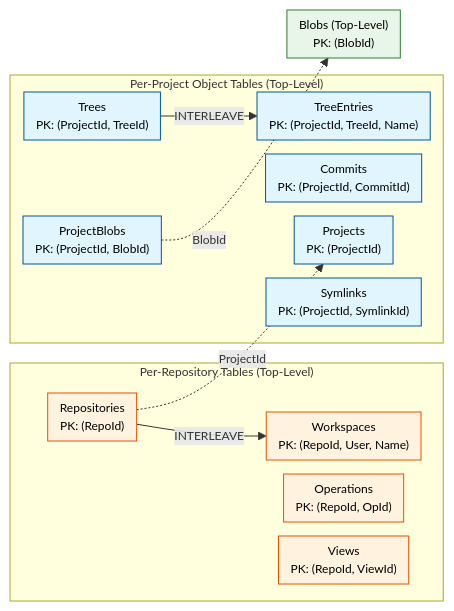
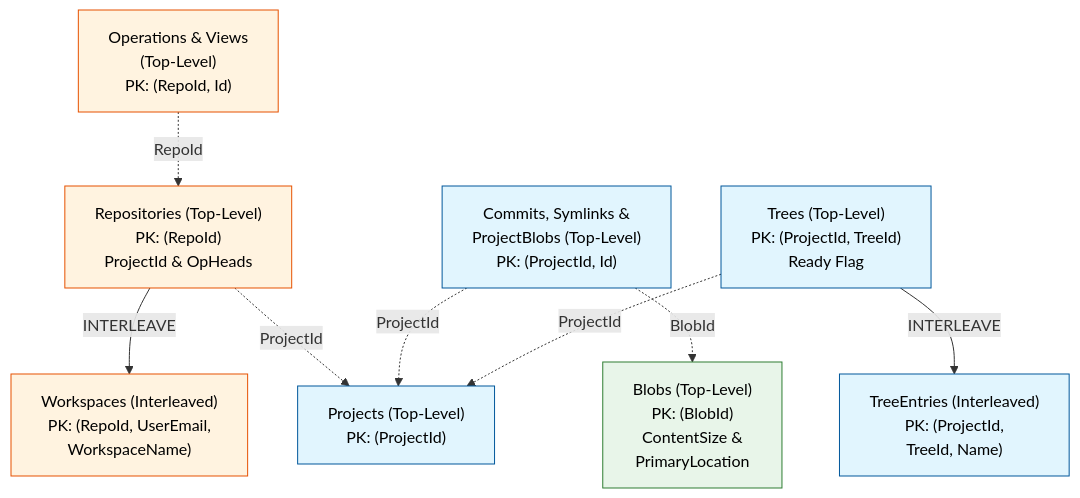
One commit to jj-vcs/jj-commit-cloud changed the second of 2 diagrams in docs/data-model.md. Above: the diagram before and after it, drawn with Mermaid. The commit also changed other lines of this file and 41 other files, not shown here.

````diff
--- a/docs/data-model.md
+++ b/docs/data-model.md
@@ -131,30 +128,25 @@
 ```mermaid
-%%{init: {"themeVariables": {"fontSize": "12px"}, "flowchart": {"nodeSpacing": 14, "rankSpacing": 26, "padding": 6, "diagramPadding": 8}}}%%
-flowchart LR
+flowchart TD
+    classDef cas fill:#e1f5fe,stroke:#01579b,color:#000;
     classDef oplog fill:#fff3e0,stroke:#e65100,color:#000;
-    classDef cas fill:#e1f5fe,stroke:#01579b,color:#000;
     classDef storage fill:#e8f5e9,stroke:#2e7d32,color:#000;
 
-    subgraph RepoTables["Per-Repository Tables (Top-Level)"]
-        Repos["Repositories<br/>PK: (RepoId)"]:::oplog
-        Workspaces["Workspaces<br/>PK: (RepoId, User, Name)"]:::oplog
-        Ops["Operations<br/>PK: (RepoId, OpId)"]:::oplog
-        Views["Views<br/>PK: (RepoId, ViewId)"]:::oplog
-        Repos -->|"INTERLEAVE"| Workspaces
-    end
+    Repos["Repositories (Top-Level)<br/>PK: (RepoId)<br/>ProjectId & OpHeads"]:::oplog
+    Workspaces["Workspaces (Interleaved)<br/>PK: (RepoId, UserEmail,<br/>WorkspaceName)"]:::oplog
+    OpsViews["Operations & Views<br/>(Top-Level)<br/>PK: (RepoId, Id)"]:::oplog
 
-    subgraph ProjTables["Per-Project Object Tables (Top-Level)"]
-        Projects["Projects<br/>PK: (ProjectId)"]:::cas
-        Commits["Commits<br/>PK: (ProjectId, CommitId)"]:::cas
-        Trees["Trees<br/>PK: (ProjectId, TreeId)"]:::cas
-        TreeEntries["TreeEntries<br/>PK: (ProjectId, TreeId, Name)"]:::cas
-        Symlinks["Symlinks<br/>PK: (ProjectId, SymlinkId)"]:::cas
-        ProjBlobs["ProjectBlobs<br/>PK: (ProjectId, BlobId)"]:::cas
-        Trees -->|"INTERLEAVE"| TreeEntries
-    end
+    Projects["Projects (Top-Level)<br/>PK: (ProjectId)"]:::cas
+    CommitsSym["Commits, Symlinks &<br/>ProjectBlobs (Top-Level)<br/>PK: (ProjectId, Id)"]:::cas
+    Trees["Trees (Top-Level)<br/>PK: (ProjectId, TreeId)<br/>Ready Flag"]:::cas
+    TreeEntries["TreeEntries (Interleaved)<br/>PK: (ProjectId,<br/>TreeId, Name)"]:::cas
 
-    Blobs["Blobs (Top-Level)<br/>PK: (BlobId)"]:::storage
+    Blobs["Blobs (Top-Level)<br/>PK: (BlobId)<br/>ContentSize &<br/>PrimaryLocation"]:::storage
 
+    Repos -->|"INTERLEAVE"| Workspaces
+    OpsViews -.->|"RepoId"| Repos
     Repos -.->|"ProjectId"| Projects
-    ProjBlobs -.->|"BlobId"| Blobs
+    CommitsSym -.->|"ProjectId"| Projects
+    Trees -.->|"ProjectId"| Projects
+    Trees -->|"INTERLEAVE"| TreeEntries
+    CommitsSym -.->|"BlobId"| Blobs
 ```
````
